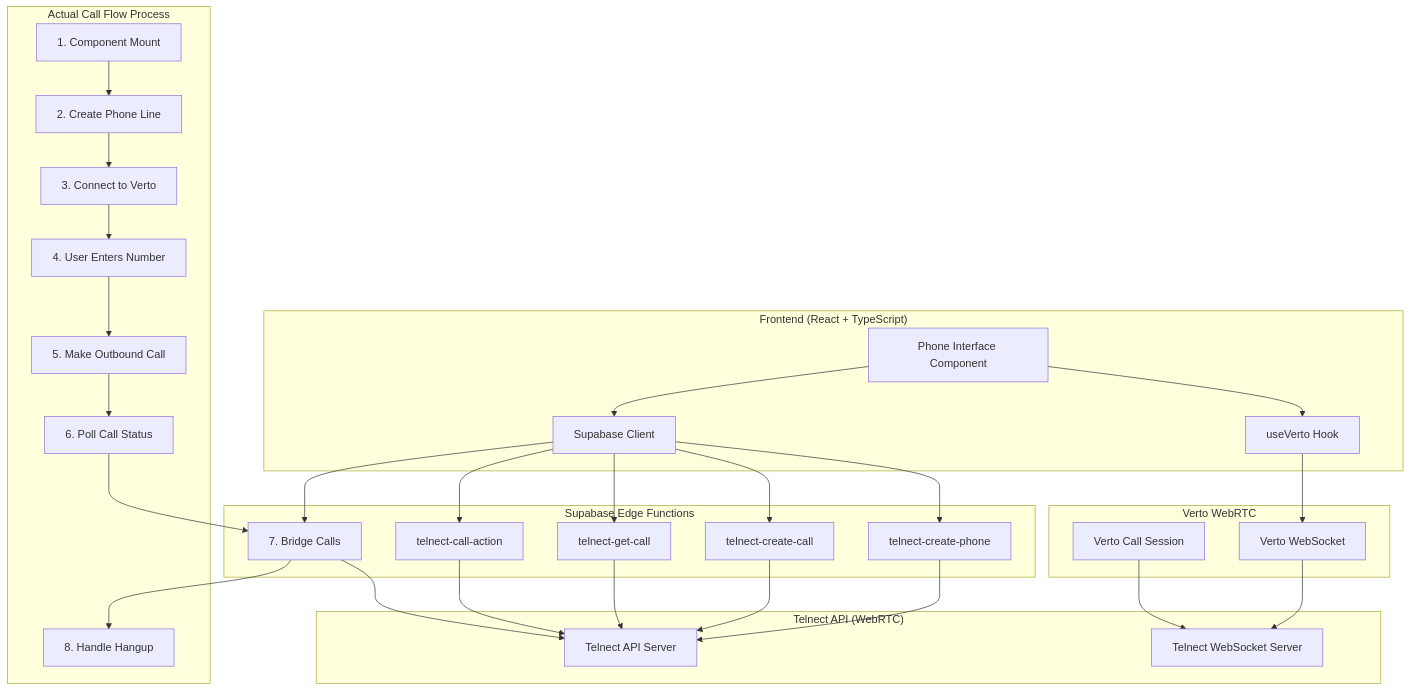
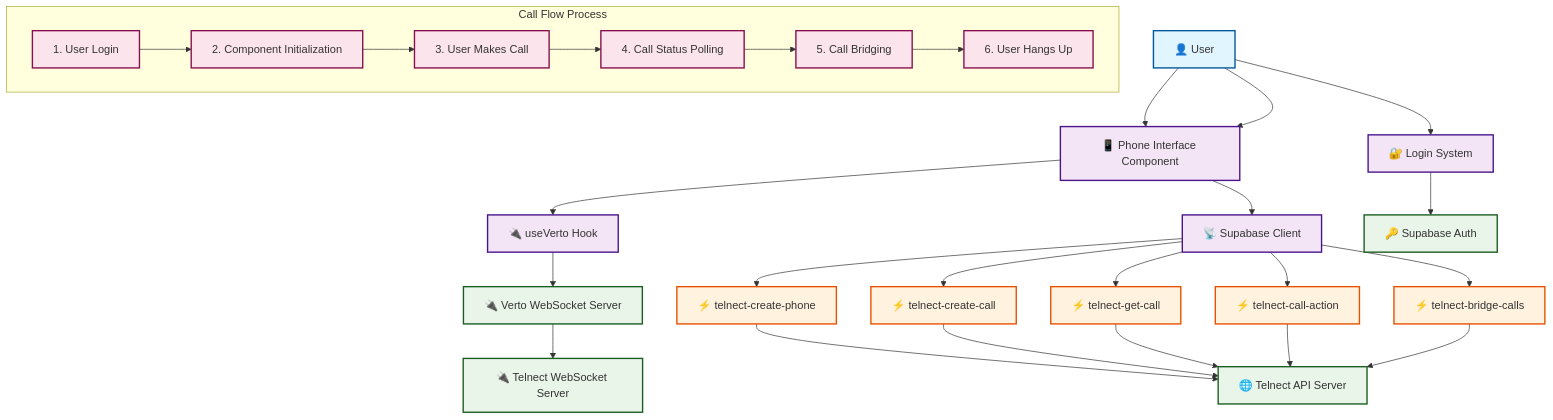
Before and after one commit to viktorklasson/salesys-sverige: the second of 3 diagrams in call-flow-architecture.md, drawn with Mermaid.

````diff
--- a/call-flow-architecture.md
+++ b/call-flow-architecture.md
@@ -140,70 +140,82 @@
 ```mermaid
 graph TB
-    %% User Interface Layer
-    subgraph "Frontend (React + TypeScript)"
-        UI[Phone Interface Component]
-        VertoHook[useVerto Hook]
-        SupabaseClient[Supabase Client]
+    %% User Nodes
+    User[👤 User]
+    
+    %% Frontend Nodes
+    Login[🔐 Login System]
+    PhoneInterface[📱 Phone Interface Component]
+    VertoHook[🔌 useVerto Hook]
+    SupabaseClient[📡 Supabase Client]
+    
+    %% Supabase Edge Function Nodes
+    CreatePhoneFunc[⚡ telnect-create-phone]
+    CreateCallFunc[⚡ telnect-create-call]
+    GetCallFunc[⚡ telnect-get-call]
+    CallActionFunc[⚡ telnect-call-action]
+    BridgeCallsFunc[⚡ telnect-bridge-calls]
+    
+    %% External Service Nodes
+    SupabaseAuth[🔑 Supabase Auth]
+    TelnectAPI[🌐 Telnect API Server]
+    TelnectWS[🔌 Telnect WebSocket Server]
+    VertoWS[🔌 Verto WebSocket Server]
+    
+    %% Call Flow Steps
+    subgraph "Call Flow Process"
+        LoginFlow[1. User Login]
+        ComponentInit[2. Component Initialization]
+        MakeCall[3. User Makes Call]
+        PollStatus[4. Call Status Polling]
+        BridgeCalls[5. Call Bridging]
+        HandleHangup[6. User Hangs Up]
     end
 
-    %% Supabase Edge Functions
-    subgraph "Supabase Edge Functions"
-        CreatePhone[telnect-create-phone]
-        CreateCall[telnect-create-call]
-        GetCall[telnect-get-call]
-        CallAction[telnect-call-action]
-        BridgeCalls[telnect-bridge-calls]
-    end
-
-    %% External Services
-    subgraph "Telnect API (WebRTC)"
-        TelnectAPI[Telnect API Server]
-        TelnectWS[Telnect WebSocket Server]
-    end
-
-    %% Verto WebRTC
-    subgraph "Verto WebRTC"
-        VertoWS[Verto WebSocket]
-        VertoCall[Verto Call Session]
-    end
-
-    %% Call Flow Steps
-    subgraph "Actual Call Flow Process"
-        ComponentMount[1. Component Mount]
-        CreatePhoneLine[2. Create Phone Line]
-        ConnectVerto[3. Connect to Verto]
-        UserInput[4. User Enters Number]
-        MakeCall[5. Make Outbound Call]
-        PollStatus[6. Poll Call Status]
-        BridgeCalls[7. Bridge Calls]
-        HandleHangup[8. Handle Hangup]
-    end
-
-    %% Connections
-    UI --> VertoHook
-    UI --> SupabaseClient
-    SupabaseClient --> CreatePhone
-    SupabaseClient --> CreateCall
-    SupabaseClient --> GetCall
-    SupabaseClient --> CallAction
-    SupabaseClient --> BridgeCalls
-
-    CreatePhone --> TelnectAPI
-    CreateCall --> TelnectAPI
-    GetCall --> TelnectAPI
-    CallAction --> TelnectAPI
-    BridgeCalls --> TelnectAPI
-
+    %% User Interactions
+    User --> Login
+    User --> PhoneInterface
+    User --> PhoneInterface
+    
+    %% Frontend Connections
+    Login --> SupabaseAuth
+    PhoneInterface --> VertoHook
+    PhoneInterface --> SupabaseClient
+    
+    %% Supabase Function Connections
+    SupabaseClient --> CreatePhoneFunc
+    SupabaseClient --> CreateCallFunc
+    SupabaseClient --> GetCallFunc
+    SupabaseClient --> CallActionFunc
+    SupabaseClient --> BridgeCallsFunc
+    
+    %% External API Connections
+    CreatePhoneFunc --> TelnectAPI
+    CreateCallFunc --> TelnectAPI
+    GetCallFunc --> TelnectAPI
+    CallActionFunc --> TelnectAPI
+    BridgeCallsFunc --> TelnectAPI
+    
+    %% WebSocket Connections
     VertoHook --> VertoWS
     VertoWS --> TelnectWS
-    VertoCall --> TelnectWS
-
+    
     %% Flow Sequence
-    ComponentMount --> CreatePhoneLine
-    CreatePhoneLine --> ConnectVerto
-    ConnectVerto --> UserInput
-    UserInput --> MakeCall
+    LoginFlow --> ComponentInit
+    ComponentInit --> MakeCall
     MakeCall --> PollStatus
     PollStatus --> BridgeCalls
     BridgeCalls --> HandleHangup
+    
+    %% Styling
+    classDef userNode fill:#e1f5fe,stroke:#01579b,stroke-width:2px
+    classDef frontendNode fill:#f3e5f5,stroke:#4a148c,stroke-width:2px
+    classDef supabaseNode fill:#fff3e0,stroke:#e65100,stroke-width:2px
+    classDef externalNode fill:#e8f5e8,stroke:#1b5e20,stroke-width:2px
+    classDef flowNode fill:#fce4ec,stroke:#880e4f,stroke-width:2px
+    
+    class User userNode
+    class Login,PhoneInterface,VertoHook,SupabaseClient frontendNode
+    class CreatePhoneFunc,CreateCallFunc,GetCallFunc,CallActionFunc,BridgeCallsFunc supabaseNode
+    class SupabaseAuth,TelnectAPI,TelnectWS,VertoWS externalNode
+    class LoginFlow,ComponentInit,MakeCall,PollStatus,BridgeCalls,HandleHangup flowNode
 ```
````
